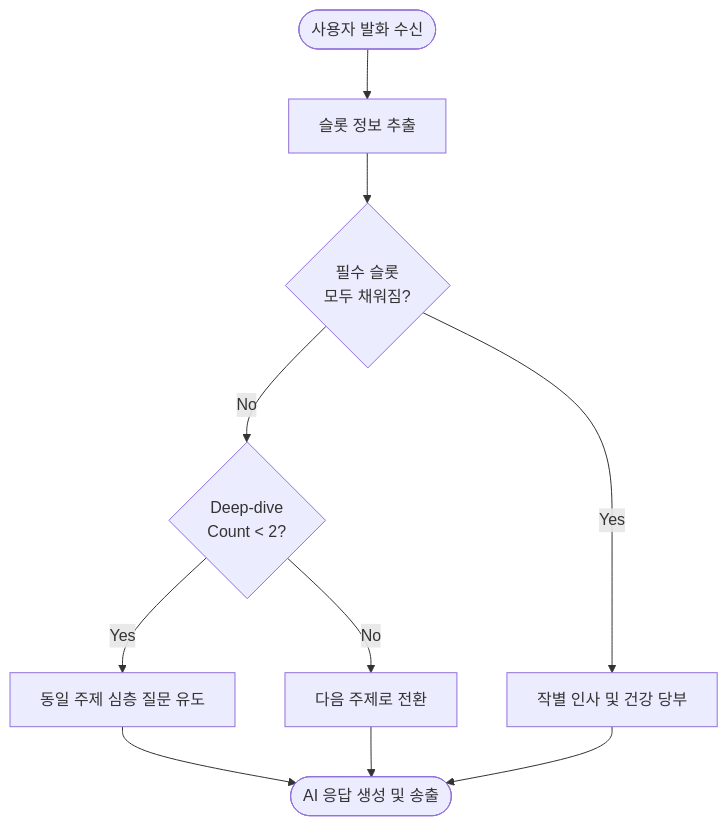
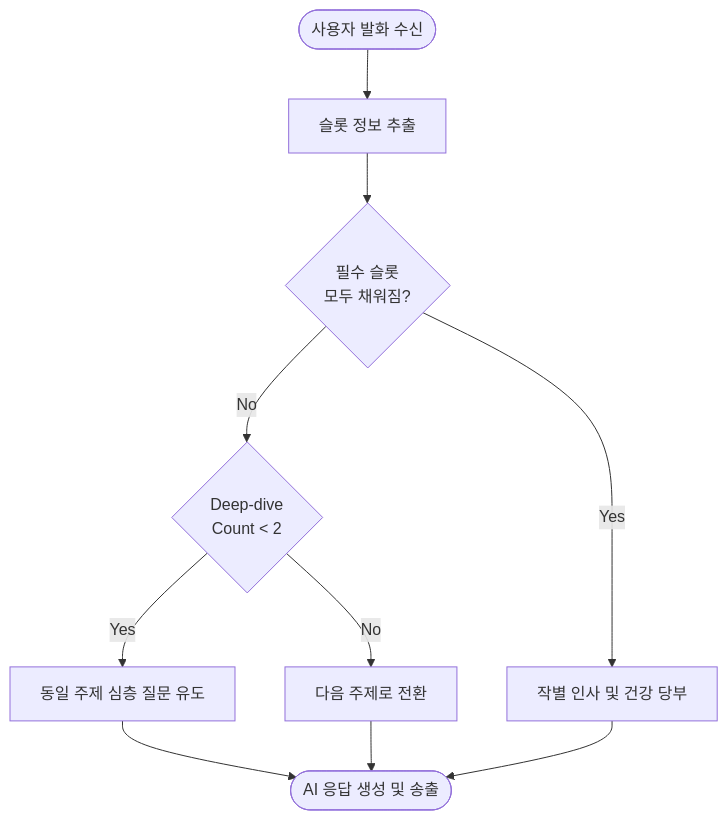
The third of 5 diagrams in technical_resolution.md (ChanJu789/SilverLink), drawn with Mermaid before and after one commit. The commit also changed other lines of this file, not shown here.

````diff
--- a/technical_resolution.md
+++ b/technical_resolution.md
@@ -84,12 +84,12 @@
 ```mermaid
 flowchart TD
     Start([사용자 발화 수신]) --> Extract[슬롯 정보 추출]
     Extract --> CheckFilled{필수 슬롯<br/>모두 채워짐?}
-    CheckFilled -- No --> CheckDive{Deep-dive<br/>Count < 2?}
+    CheckFilled -- No --> CheckDive{Deep-dive<br/>Count < 2}
     CheckDive -- Yes --> SameTopic[동일 주제 심층 질문 유도]
     CheckDive -- No --> NextTopic[다음 주제로 전환]
     CheckFilled -- Yes --> Closing[작별 인사 및 건강 당부]
     SameTopic --> End([AI 응답 생성 및 송출])
     NextTopic --> End
     Closing --> End
 ```
````
